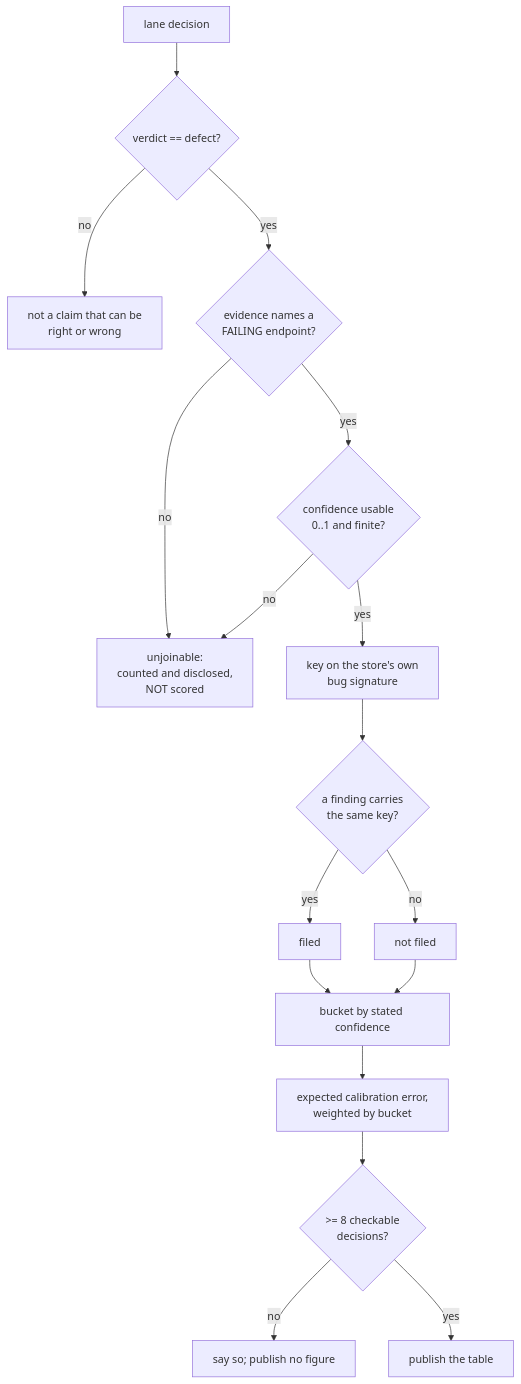
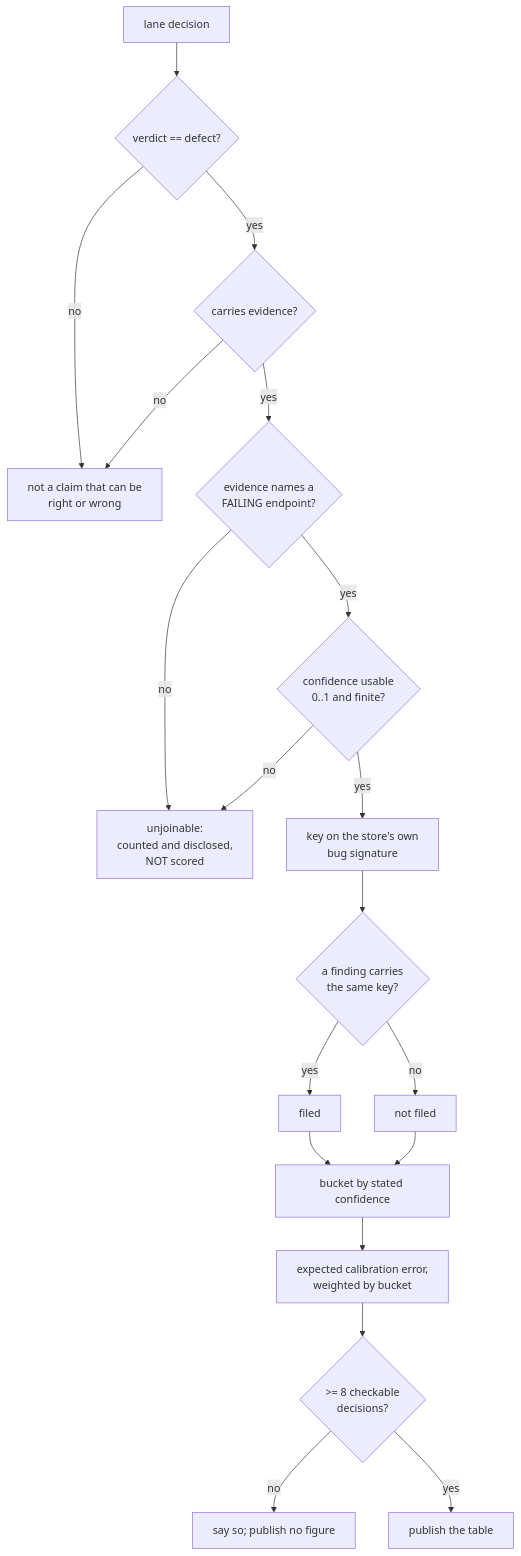
Before and after one commit to brunoboto96/SceneScout: the eighth of 9 diagrams in docs/how-it-works.md, drawn with Mermaid. The commit also changed other lines of this file and 3 other files, not shown here.

````diff
--- a/docs/how-it-works.md
+++ b/docs/how-it-works.md
@@ -315,19 +318,21 @@
 ```mermaid
 flowchart TD
     A[lane decision] --> B{verdict == defect?}
     B -->|no| Z[not a claim that can be<br/>right or wrong]
-    B -->|yes| C{evidence names a<br/>FAILING endpoint?}
+    B -->|yes| Q{carries evidence?}
+    Q -->|no| Z
+    Q -->|yes| C{evidence names a<br/>FAILING endpoint?}
     C -->|no| U[unjoinable:<br/>counted and disclosed,<br/>NOT scored]
     C -->|yes| D{confidence usable<br/>0..1 and finite?}
     D -->|no| U
     D -->|yes| E[key on the store's own<br/>bug signature]
     E --> F{a finding carries<br/>the same key?}
     F -->|yes| G[filed]
     F -->|no| H[not filed]
     G --> I[bucket by stated confidence]
     H --> I
     I --> J[expected calibration error,<br/>weighted by bucket]
     J --> K{>= 8 checkable<br/>decisions?}
     K -->|no| L[say so; publish no figure]
     K -->|yes| M[publish the table]
 ```
````
